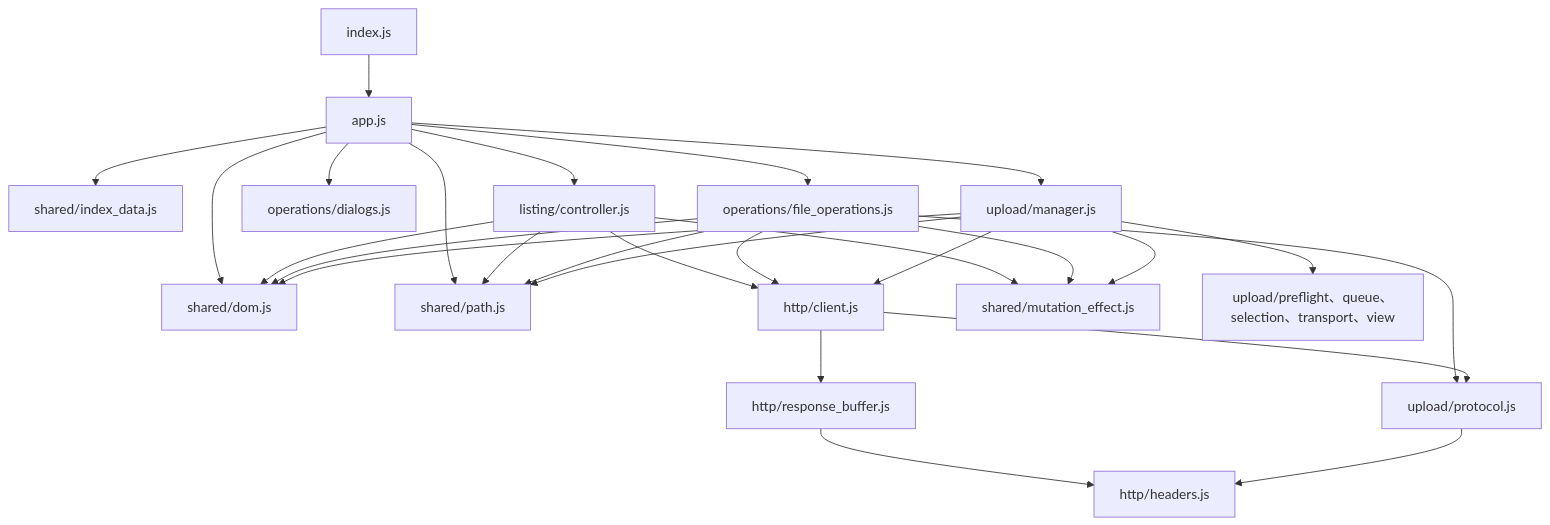
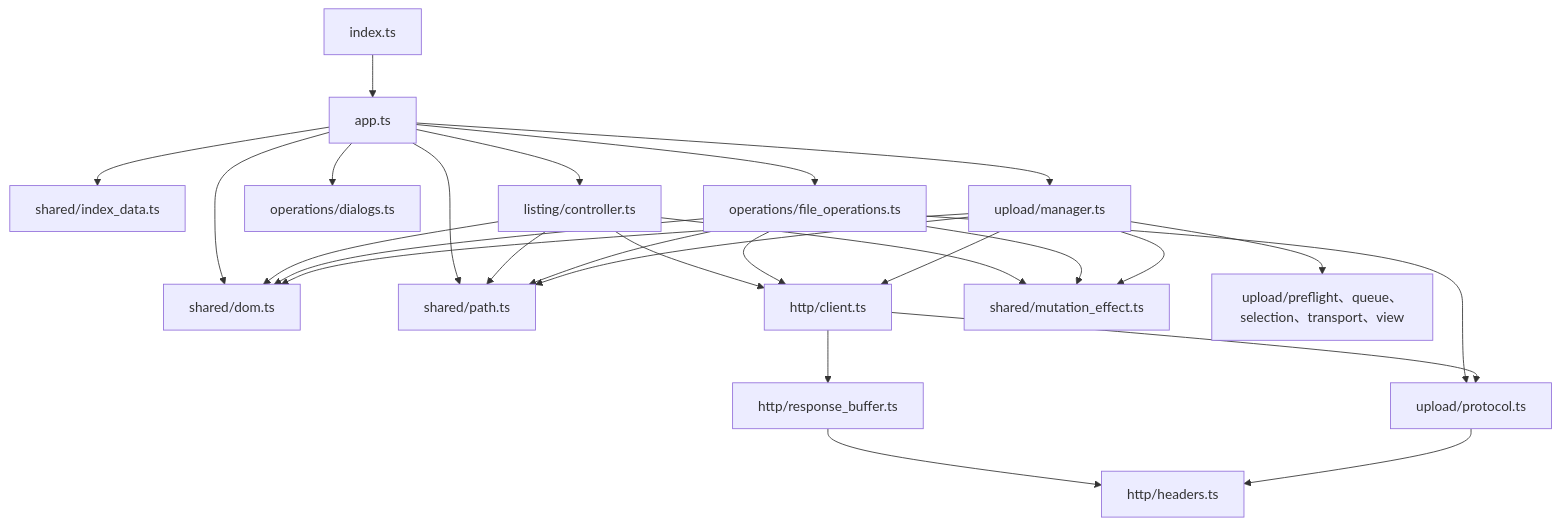
One commit to isarmg/dufs-ram-server changed the third of 5 diagrams in docs/beginner-guide/06-frontend-guide.md. Above: the diagram before and after it, drawn with Mermaid. The commit also changed other lines of this file and 186 other files, not shown here.

````diff
--- a/docs/beginner-guide/06-frontend-guide.md
+++ b/docs/beginner-guide/06-frontend-guide.md
@@ -195,29 +195,29 @@
 ```mermaid
 flowchart TD
-    I[index.js] --> A[app.js]
-    A --> ID[shared/index_data.js]
-    A --> D[shared/dom.js]
-    A --> P[shared/path.js]
-    A --> L[listing/controller.js]
-    A --> OD[operations/dialogs.js]
-    A --> OF[operations/file_operations.js]
-    A --> U[upload/manager.js]
-    L --> API[http/client.js]
+    I[index.ts] --> A[app.ts]
+    A --> ID[shared/index_data.ts]
+    A --> D[shared/dom.ts]
+    A --> P[shared/path.ts]
+    A --> L[listing/controller.ts]
+    A --> OD[operations/dialogs.ts]
+    A --> OF[operations/file_operations.ts]
+    A --> U[upload/manager.ts]
+    L --> API[http/client.ts]
     L --> D
     L --> P
-    L --> M[shared/mutation_effect.js]
+    L --> M[shared/mutation_effect.ts]
     OF --> API
     OF --> D
     OF --> P
     OF --> M
-    OF --> PR[upload/protocol.js]
+    OF --> PR[upload/protocol.ts]
     U --> API
     U --> D
     U --> P
     U --> M
     U --> UH[upload/preflight、queue、selection、transport、view]
-    API --> RP[http/response_buffer.js]
+    API --> RP[http/response_buffer.ts]
     API --> PR
-    RP --> HH[http/headers.js]
+    RP --> HH[http/headers.ts]
     PR --> HH
 ```
````
